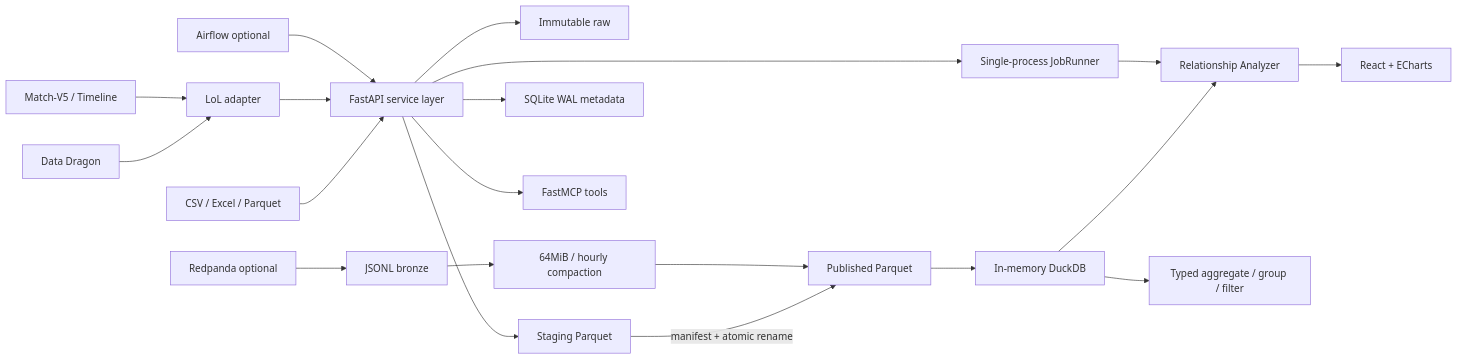
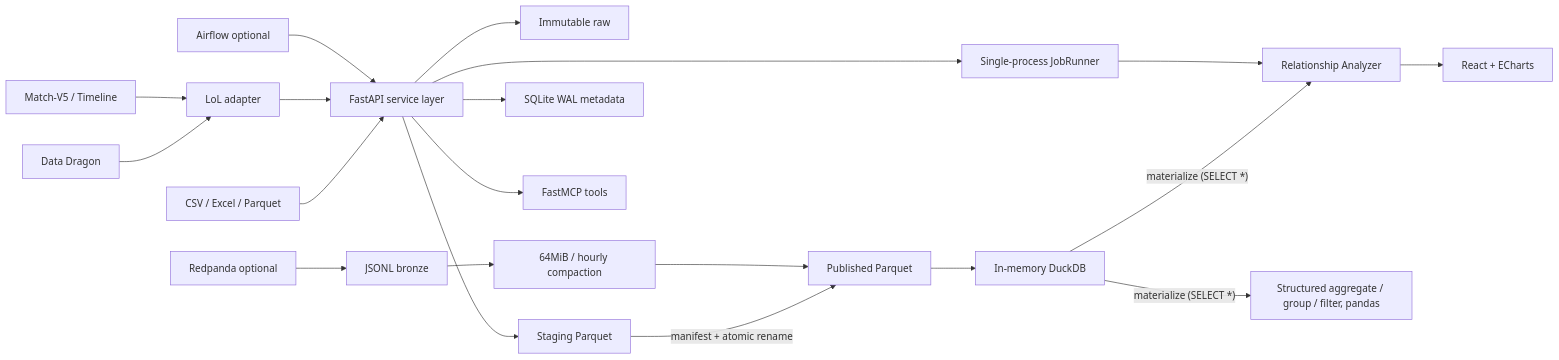
The diagram in docs/architecture.md (Tay-hyyyyn/Data_BI_With_LOL), drawn with Mermaid before and after one commit. The commit also changed other lines of this file and 3 other files, not shown here.

Commit message:
docs: add contracts, parallel workstream plan and frontend plan; correct architecture claims

````diff
--- a/docs/architecture.md
+++ b/docs/architecture.md
@@ -3,19 +3,19 @@
 ```mermaid
 flowchart LR
   U[CSV / Excel / Parquet] --> API[FastAPI service layer]
   DD[Data Dragon] --> LOL[LoL adapter] --> API
   RIOT[Match-V5 / Timeline] --> LOL
   API --> RAW[Immutable raw]
   API --> STG[Staging Parquet]
   STG -->|manifest + atomic rename| PUB[Published Parquet]
   API --> META[SQLite WAL metadata]
   PUB --> DDB[In-memory DuckDB]
-  DDB --> REL[Relationship Analyzer]
-  DDB --> QUERY[Typed aggregate / group / filter]
+  DDB -->|"materialize (SELECT *)"| REL[Relationship Analyzer]
+  DDB -->|"materialize (SELECT *)"| QUERY[Structured aggregate / group / filter, pandas]
   API --> JOB[Single-process JobRunner]
   JOB --> REL
   REL --> WEB[React + ECharts]
   API --> MCP[FastMCP tools]
   RP[Redpanda optional] --> JSONL[JSONL bronze] --> CMP[64MiB / hourly compaction] --> PUB
   AF[Airflow optional] --> API
 ```
````
